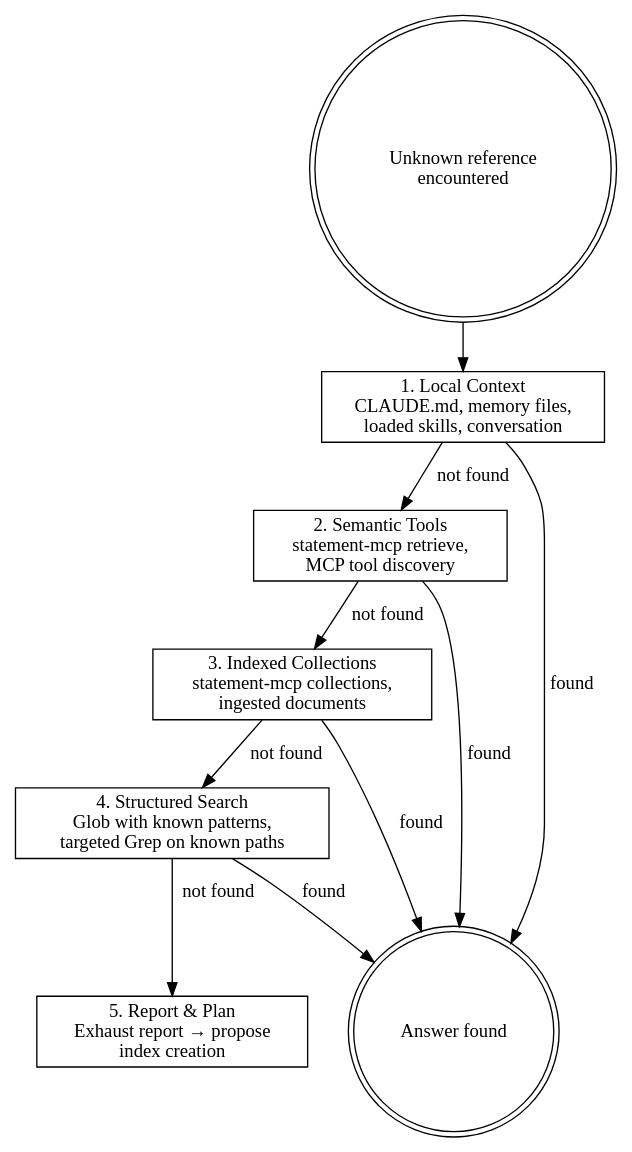
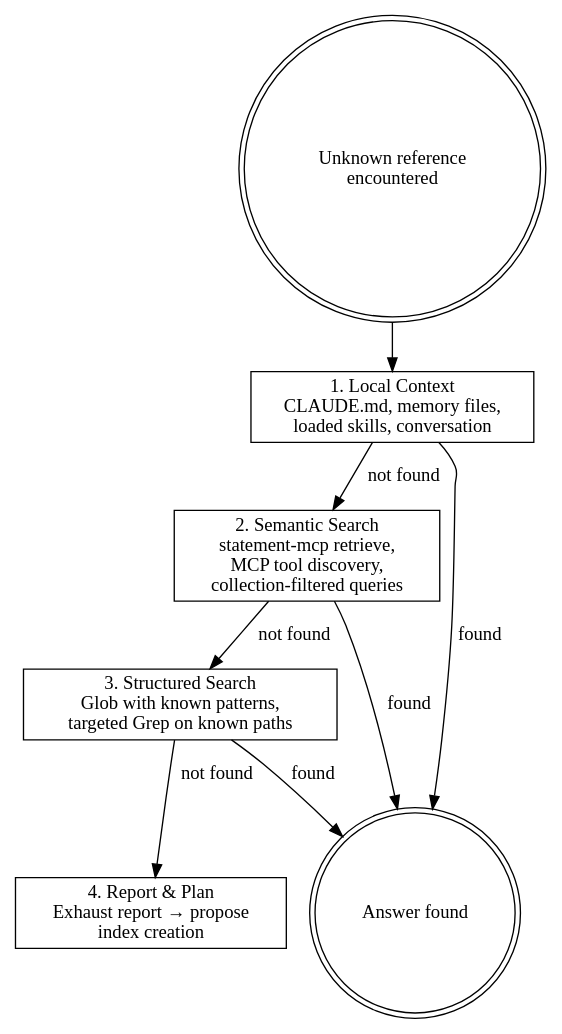
One commit to Asher-/claude-skill-context-first-lookup changed the diagram in SKILL.md. Above: the diagram before and after it, drawn with Graphviz. The commit also changed other lines of this file, not shown here.

````diff
--- a/SKILL.md
+++ b/SKILL.md
@@ -16,25 +30,22 @@
 ```dot
 digraph lookup {
     rankdir=TB;
     node [shape=box];
 
     unknown [label="Unknown reference\nencountered" shape=doublecircle];
     local [label="1. Local Context\nCLAUDE.md, memory files,\nloaded skills, conversation"];
-    tools [label="2. Semantic Tools\nstatement-mcp retrieve,\nMCP tool discovery"];
-    indexes [label="3. Indexed Collections\nstatement-mcp collections,\ningested documents"];
-    structured [label="4. Structured Search\nGlob with known patterns,\ntargeted Grep on known paths"];
-    report [label="5. Report & Plan\nExhaust report → propose\nindex creation"];
+    semantic [label="2. Semantic Search\nstatement-mcp retrieve,\nMCP tool discovery,\ncollection-filtered queries"];
+    structured [label="3. Structured Search\nGlob with known patterns,\ntargeted Grep on known paths"];
+    report [label="4. Report & Plan\nExhaust report → propose\nindex creation"];
 
     found [label="Answer found" shape=doublecircle];
 
     unknown -> local;
     local -> found [label="found"];
-    local -> tools [label="not found"];
-    tools -> found [label="found"];
-    tools -> indexes [label="not found"];
-    indexes -> found [label="found"];
-    indexes -> structured [label="not found"];
+    local -> semantic [label="not found"];
+    semantic -> found [label="found"];
+    semantic -> structured [label="not found"];
     structured -> found [label="found"];
     structured -> report [label="not found"];
 }
 ```
````
